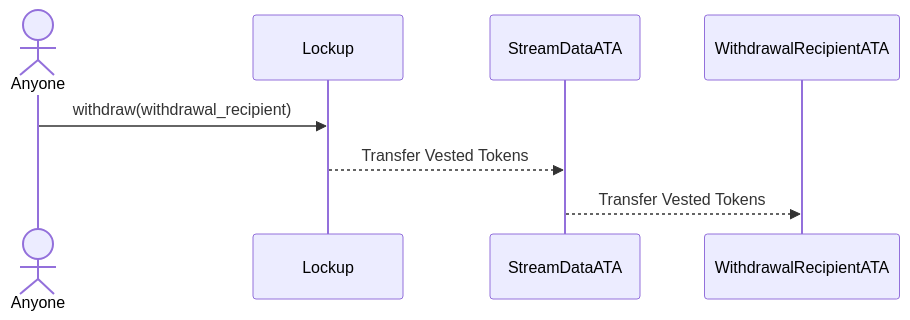
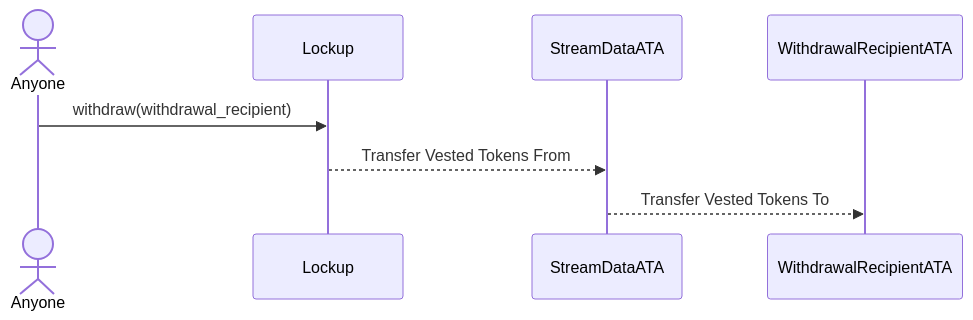
Before and after one commit to sablier-labs/docs: the tenth of 10 diagrams in docs/solana/accounts-architecture/01-lockup.md, drawn with Mermaid. The commit also changed other lines of this file and 3 other files, not shown here.

````diff
--- a/docs/solana/accounts-architecture/01-lockup.md
+++ b/docs/solana/accounts-architecture/01-lockup.md
@@ -157,8 +157,8 @@
 ```mermaid
 sequenceDiagram
     actor Anyone
 
     Anyone->>Lockup: withdraw(withdrawal_recipient)
-    Lockup -->> StreamDataATA: Transfer Vested Tokens
-    StreamDataATA -->> WithdrawalRecipientATA: Transfer Vested Tokens
+    Lockup -->> StreamDataATA: Transfer Vested Tokens From
+    StreamDataATA -->> WithdrawalRecipientATA: Transfer Vested Tokens To
 ```
````
